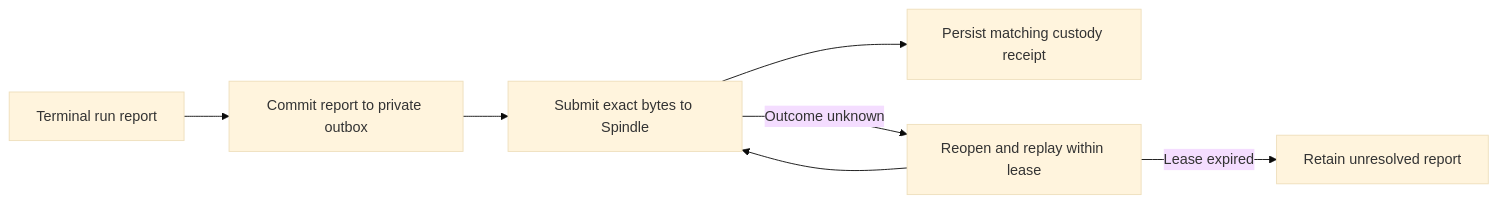
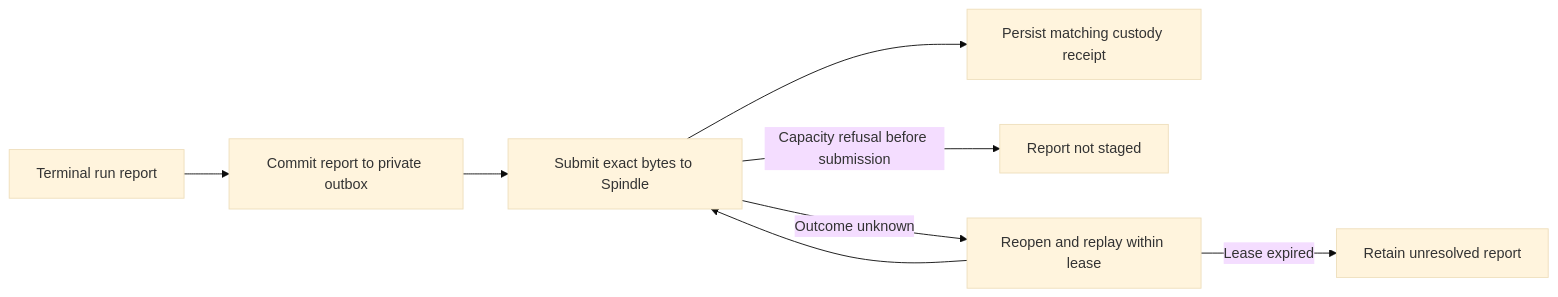
Before and after one commit to kmosoti/FabricO11y: the ninth of 11 diagrams in docs/architecture.md, drawn with Mermaid (base theme). The commit also changed 10 other files, not shown here.

````diff
--- a/docs/architecture.md
+++ b/docs/architecture.md
@@ -298,9 +298,10 @@
 ```mermaid
 flowchart LR
     Client["Terminal run report"] --> Pending["Commit report to private outbox"]
     Pending --> Spindle["Submit exact bytes to Spindle"]
     Spindle --> Receipt["Persist matching custody receipt"]
+    Spindle -->|Capacity refusal before submission| Refused["Report not staged"]
     Spindle -->|Outcome unknown| Replay["Reopen and replay within lease"]
     Replay --> Spindle
     Replay -->|Lease expired| Recovery["Retain unresolved report"]
 ```
````
